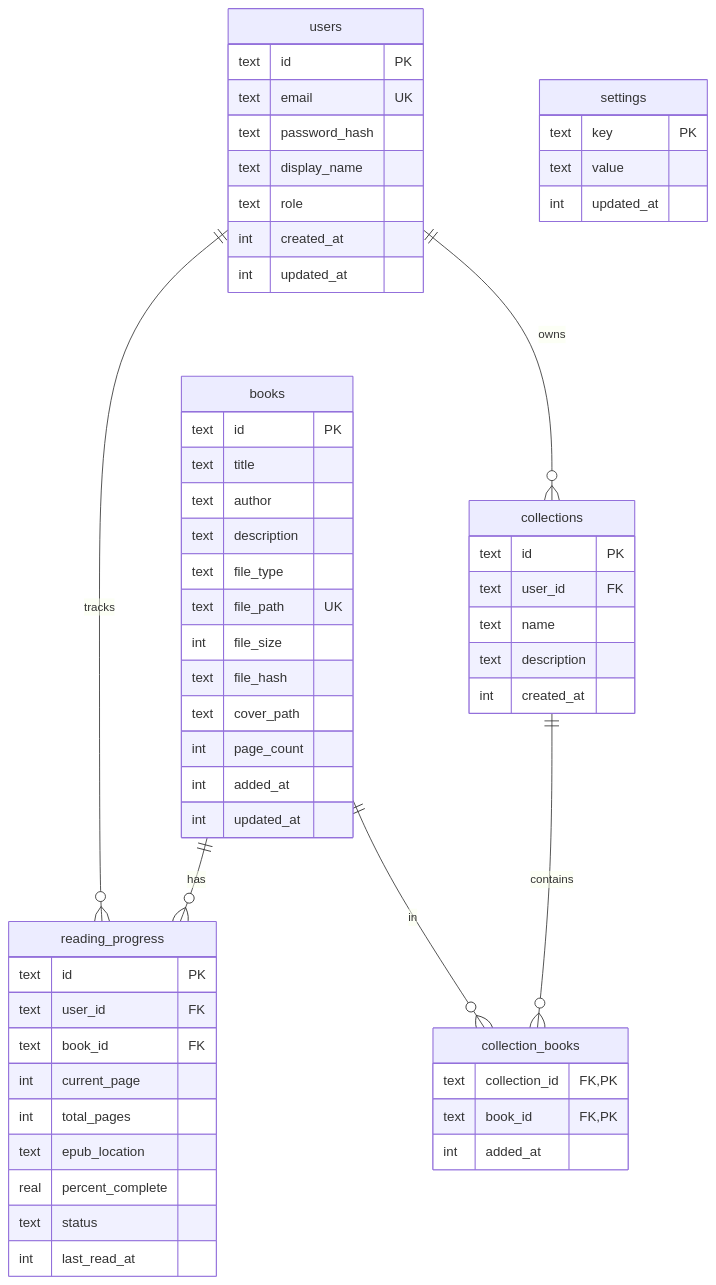
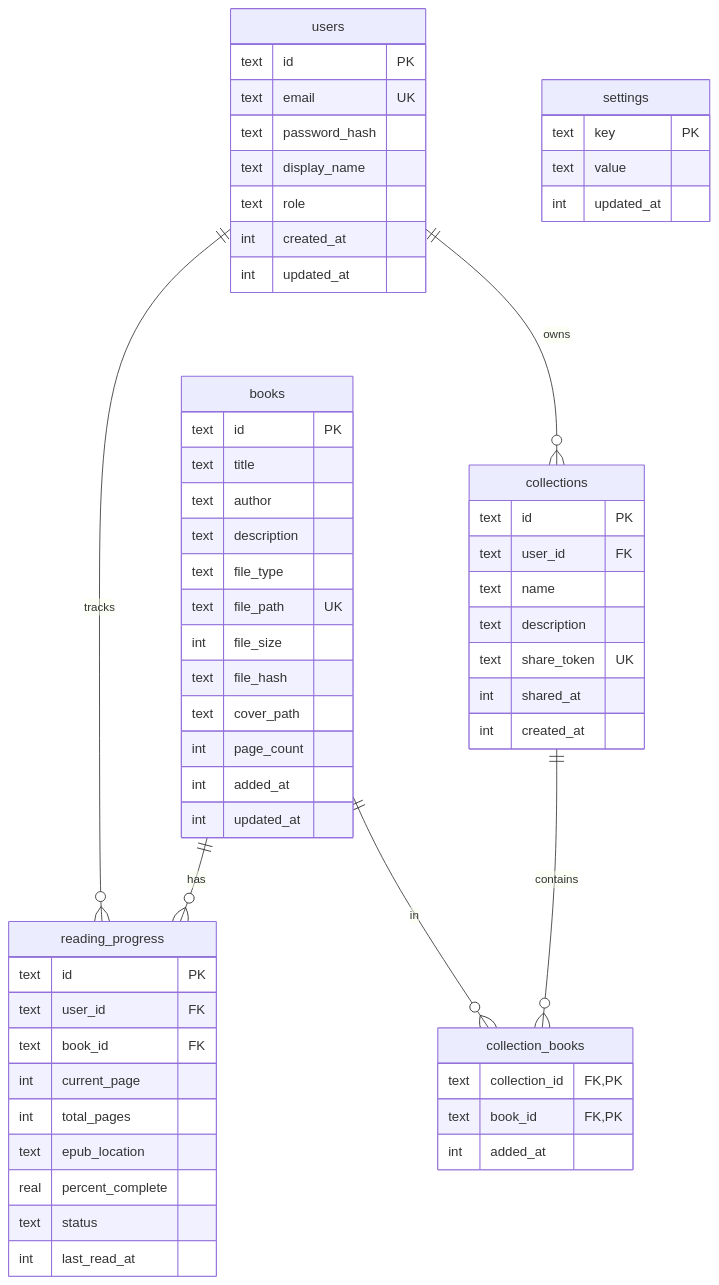
The diagram in docs/design/data-model.md (jamesacklin/alex), drawn with Mermaid before and after one commit. The commit also changed other lines of this file and 2 other files, not shown here.

First line of the commit message:
docs: add public collections to architecture documentation

````diff
--- a/docs/design/data-model.md
+++ b/docs/design/data-model.md
@@ -7,65 +7,67 @@
 ```mermaid
 erDiagram
     users ||--o{ reading_progress : tracks
     users ||--o{ collections : owns
     books ||--o{ reading_progress : has
     books ||--o{ collection_books : in
     collections ||--o{ collection_books : contains
 
     users {
         text id PK
         text email UK
         text password_hash
         text display_name
         text role
         int created_at
         int updated_at
     }
 
     books {
         text id PK
         text title
         text author
         text description
         text file_type
         text file_path UK
         int file_size
         text file_hash
         text cover_path
         int page_count
         int added_at
         int updated_at
     }
 
     reading_progress {
         text id PK
         text user_id FK
         text book_id FK
         int current_page
         int total_pages
         text epub_location
         real percent_complete
         text status
         int last_read_at
     }
 
     collections {
         text id PK
         text user_id FK
         text name
         text description
+        text share_token UK
+        int shared_at
         int created_at
     }
 
     collection_books {
         text collection_id FK,PK
         text book_id FK,PK
         int added_at
     }
 
     settings {
         text key PK
         text value
         int updated_at
     }
 ```
````
